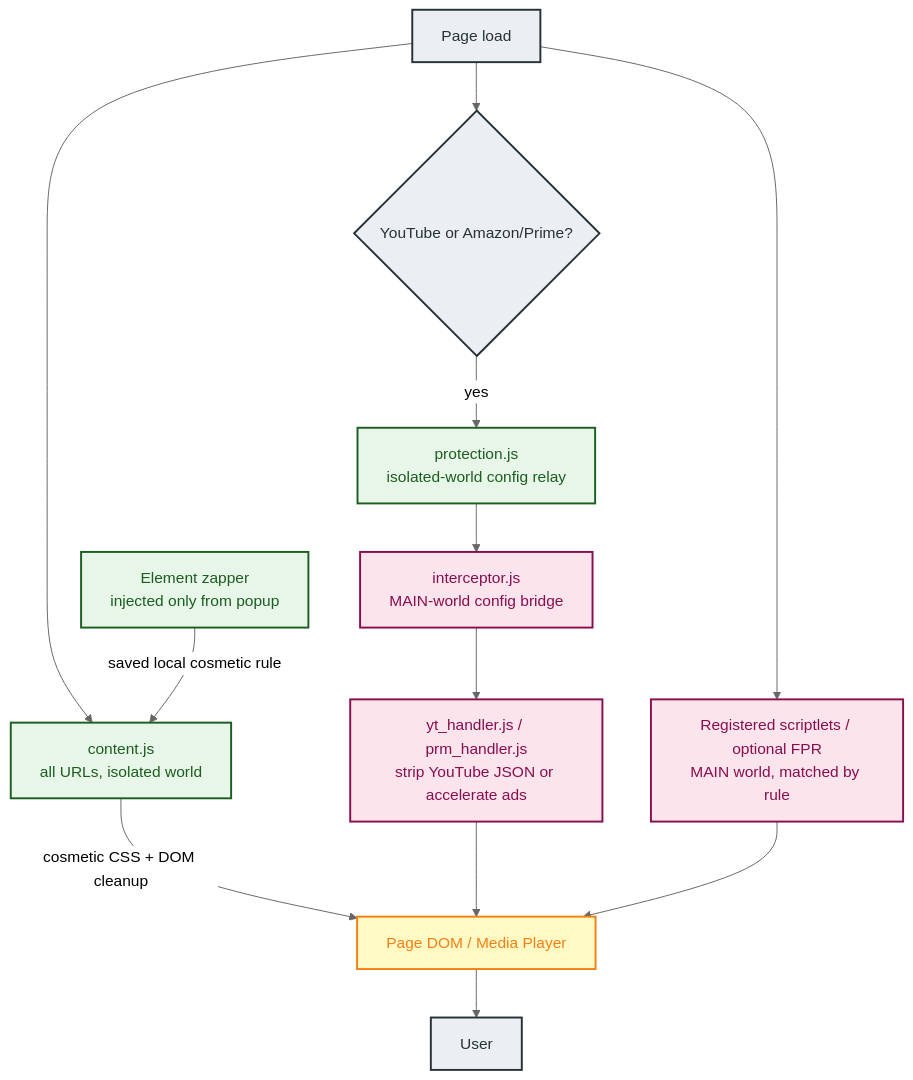
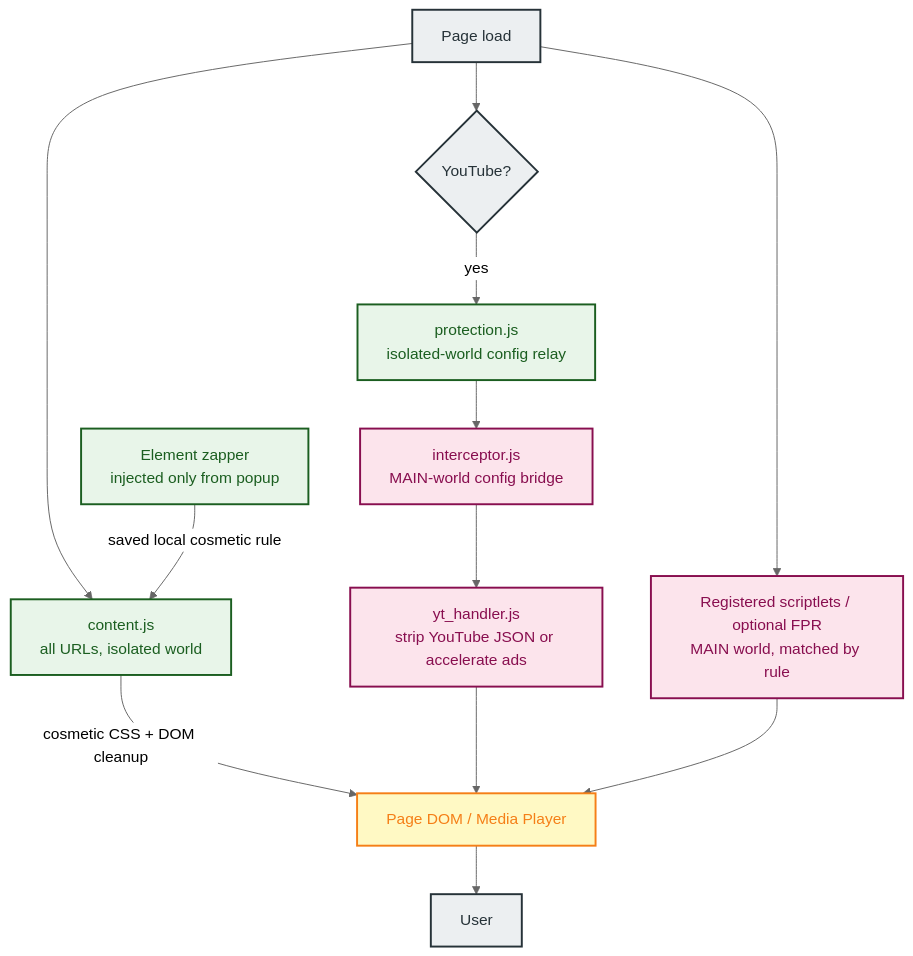
Before and after one commit to Dabrogost/Chroma-Ad-Blocker: the diagram in README.md, drawn with Mermaid (neutral theme). The commit also changed other lines of this file and 15 other files, not shown here.

Commit message:
chore(acceleration): temporarily disable Prime Video handler

````diff
--- a/README.md
+++ b/README.md
@@ -58,27 +58,27 @@
 ```mermaid
 graph TD
     classDef ext fill:#e8f5e9,color:#1b5e20,stroke:#1b5e20,stroke-width:2px
     classDef main fill:#fce4ec,color:#880e4f,stroke:#880e4f,stroke-width:2px
     classDef page fill:#fff9c4,color:#f57f17,stroke:#f57f17,stroke-width:2px
     classDef actor fill:#eceff1,color:#263238,stroke:#263238,stroke-width:2px
 
     LOAD["Page load"]:::actor
     PAGE["Page DOM / Media Player"]:::page
     USER["User"]:::actor
 
     LOAD --> CONTENT["content.js<br/>all URLs, isolated world"]:::ext
     CONTENT -->|"cosmetic CSS + DOM cleanup"| PAGE
 
-    LOAD --> MEDIA{"YouTube or Amazon/Prime?"}:::actor
+    LOAD --> MEDIA{"YouTube?"}:::actor
     MEDIA -->|"yes"| PROTECTION["protection.js<br/>isolated-world config relay"]:::ext
     PROTECTION --> BRIDGE["interceptor.js<br/>MAIN-world config bridge"]:::main
-    BRIDGE --> HANDLERS["yt_handler.js / prm_handler.js<br/>strip YouTube JSON or accelerate ads"]:::main
+    BRIDGE --> HANDLERS["yt_handler.js<br/>strip YouTube JSON or accelerate ads"]:::main
     HANDLERS --> PAGE
 
     LOAD --> SCRIPTLETS["Registered scriptlets / optional FPR<br/>MAIN world, matched by rule"]:::main
     SCRIPTLETS --> PAGE
 
     ZAP["Element zapper<br/>injected only from popup"]:::ext -->|"saved local cosmetic rule"| CONTENT
 
     PAGE --> USER
 ```
````
